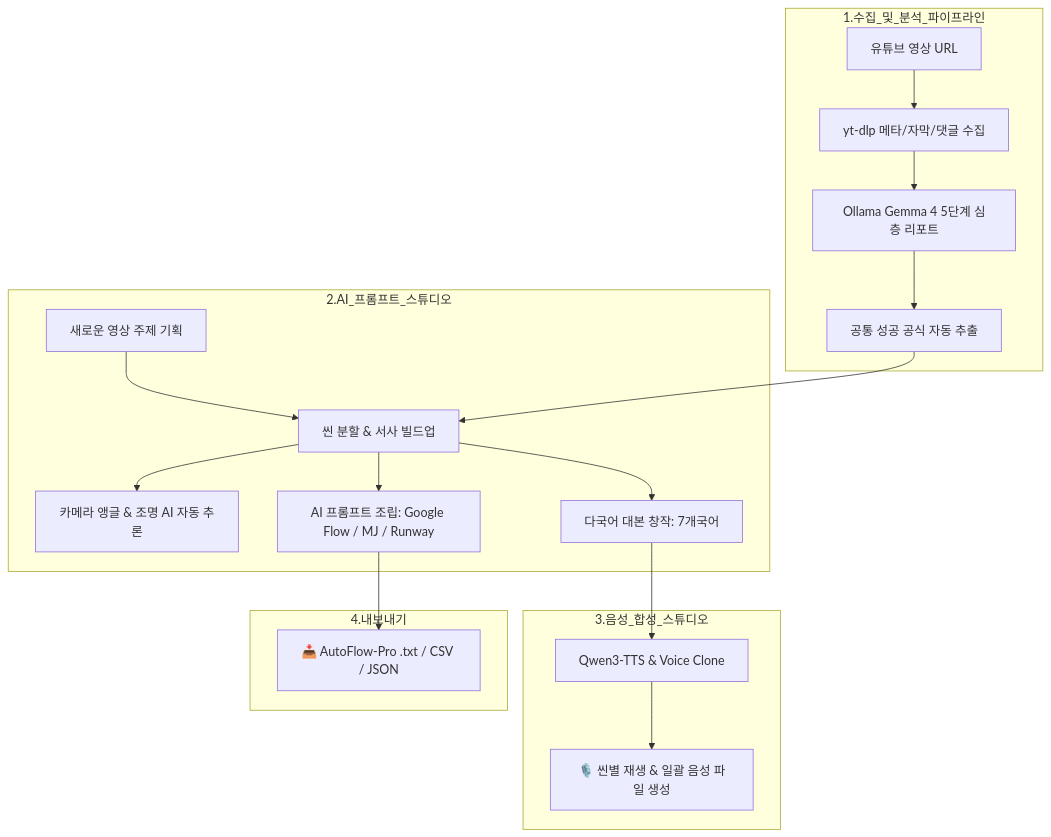
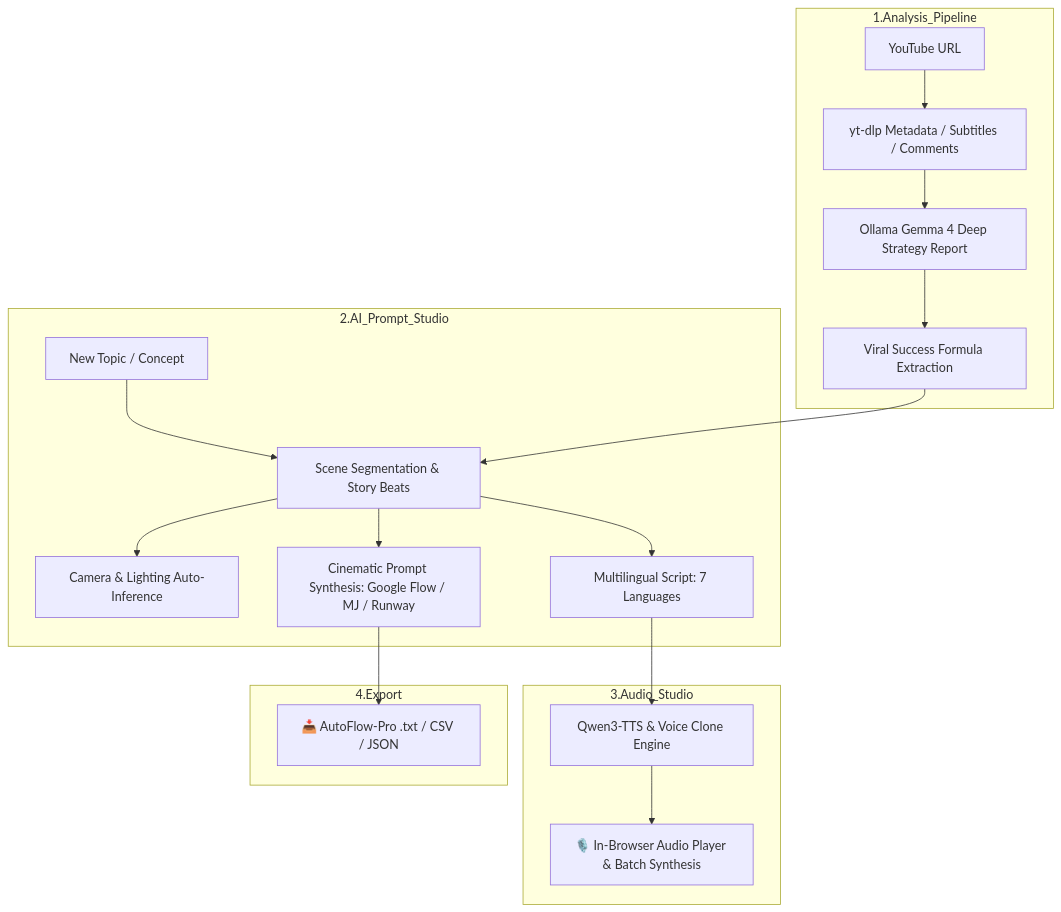
Before and after one commit to casareborgia/youtube-video-analysis: the diagram in README.md, drawn with Mermaid. The commit also changed other lines of this file, not shown here.

````diff
--- a/README.md
+++ b/README.md
@@ -86,25 +75,25 @@
 ```mermaid
 graph TD
-    subgraph 1.수집_및_분석_파이프라인
-        A[유튜브 영상 URL] --> B[yt-dlp 메타/자막/댓글 수집]
-        B --> C[Ollama Gemma 4 5단계 심층 리포트]
-        C --> D[공통 성공 공식 자동 추출]
+    subgraph 1.Analysis_Pipeline
+        A[YouTube URL] --> B[yt-dlp Metadata / Subtitles / Comments]
+        B --> C[Ollama Gemma 4 Deep Strategy Report]
+        C --> D[Viral Success Formula Extraction]
     end
 
-    subgraph 2.AI_프롬프트_스튜디오
-        E[새로운 영상 주제 기획] --> F[씬 분할 & 서사 빌드업]
+    subgraph 2.AI_Prompt_Studio
+        E[New Topic / Concept] --> F[Scene Segmentation & Story Beats]
         D --> F
-        F --> G[카메라 앵글 & 조명 AI 자동 추론]
-        F --> H[다국어 대본 창작: 7개국어]
-        F --> I[AI 프롬프트 조립: Google Flow / MJ / Runway]
+        F --> G[Camera & Lighting Auto-Inference]
+        F --> H[Multilingual Script: 7 Languages]
+        F --> I[Cinematic Prompt Synthesis: Google Flow / MJ / Runway]
     end
 
-    subgraph 3.음성_합성_스튜디오
-        H --> J[Qwen3-TTS & Voice Clone]
-        J --> K[🎙️ 씬별 재생 & 일괄 음성 파일 생성]
+    subgraph 3.Audio_Studio
+        H --> J[Qwen3-TTS & Voice Clone Engine]
+        J --> K[🎙️ In-Browser Audio Player & Batch Synthesis]
     end
 
-    subgraph 4.내보내기
+    subgraph 4.Export
         I --> L[📥 AutoFlow-Pro .txt / CSV / JSON]
     end
 ```
````
